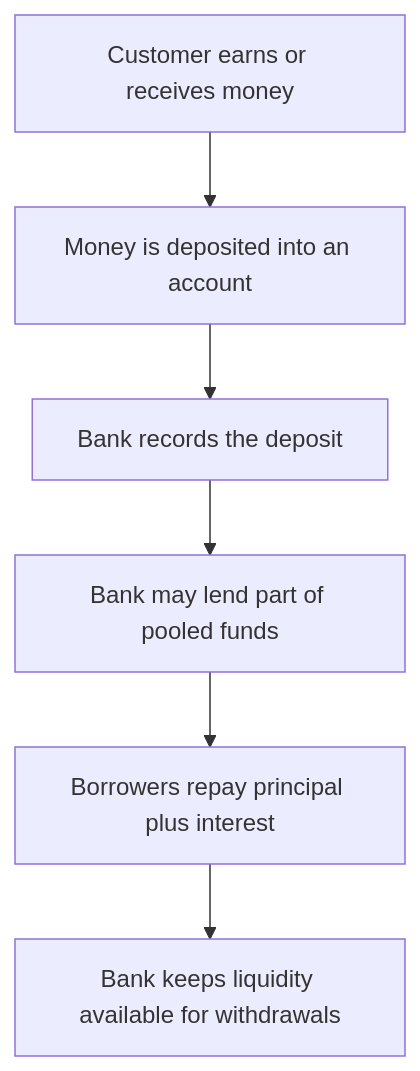
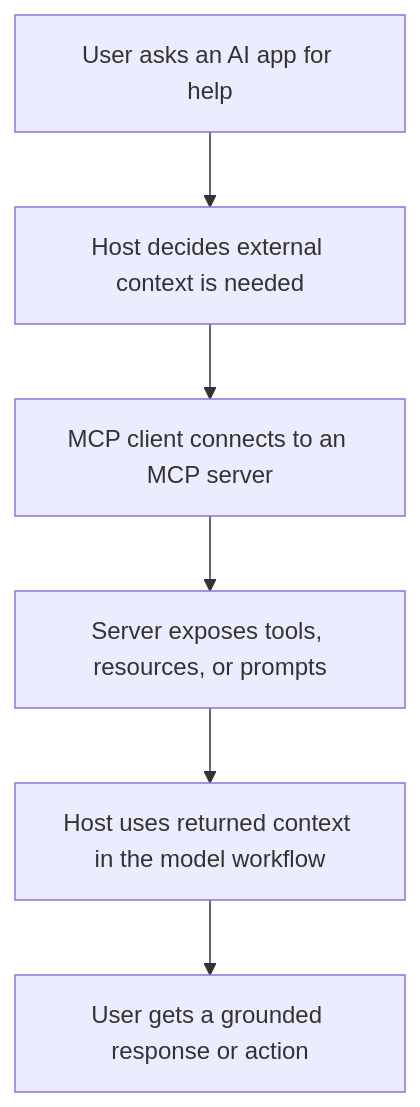
Before and after one commit to akhilmakol/how-mcp-works: the diagram in docs/01-first-principles.md, drawn with Mermaid. The commit also changed other lines of this file and 9 other files, not shown here.

````diff
--- a/docs/01-first-principles.md
+++ b/docs/01-first-principles.md
@@ -19,8 +20,8 @@
 ```mermaid
 flowchart TD
-    A["Customer earns or receives money"] --> B["Money is deposited into an account"]
-    B --> C["Bank records the deposit"]
-    C --> D["Bank may lend part of pooled funds"]
-    D --> E["Borrowers repay principal plus interest"]
-    E --> F["Bank keeps liquidity available for withdrawals"]
+    A["User asks an AI app for help"] --> B["Host decides external context is needed"]
+    B --> C["MCP client connects to an MCP server"]
+    C --> D["Server exposes tools, resources, or prompts"]
+    D --> E["Host uses returned context in the model workflow"]
+    E --> F["User gets a grounded response or action"]
 ```
````
